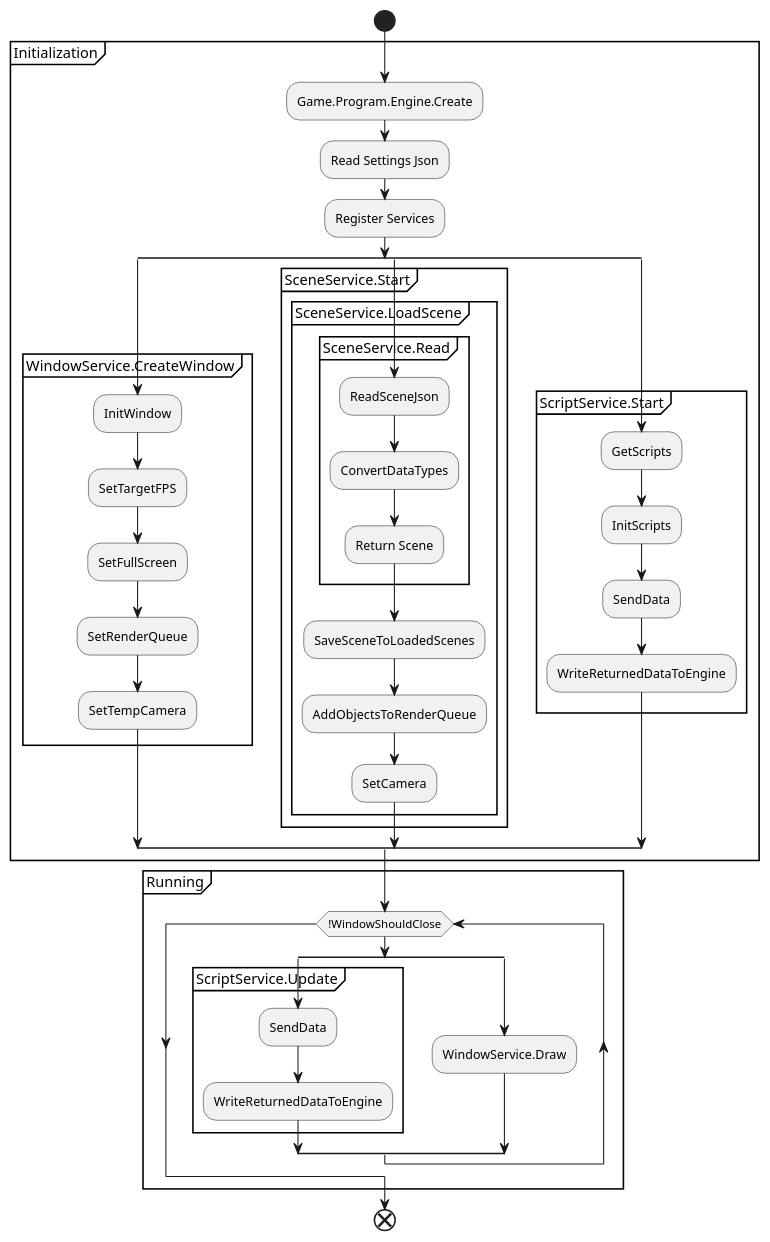
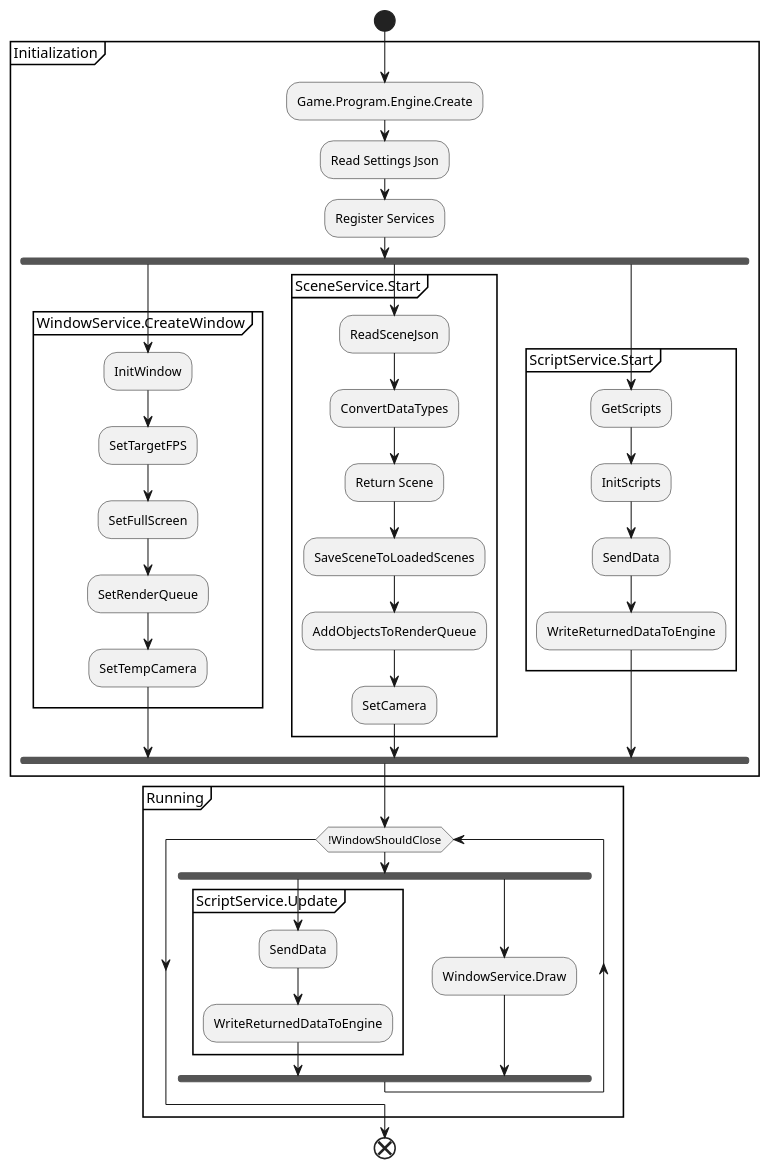
One commit to eliasstepanik/Engine3D changed the diagram in Engine3D/Diagrams/Activity.puml. Above: the diagram before and after it, drawn with PlantUML. The commit also changed 16 other files, not shown here.

```diff
--- a/Engine3D/Diagrams/Activity.puml
+++ b/Engine3D/Diagrams/Activity.puml
@@ -1,58 +1,54 @@
 @startuml
 'https://plantuml.com/activity-diagram-beta
 
 start
 partition Initialization {
 
 :Game.Program.Engine.Create;
 :Read Settings Json;
 :Register Services;
-split
+fork
     partition WindowService.CreateWindow{
         :InitWindow;
         :SetTargetFPS;
         :SetFullScreen;
         :SetRenderQueue;
         :SetTempCamera;
     }
     
-split again
+fork again
     partition SceneService.Start{
-        partition SceneService.LoadScene{
-            partition SceneService.Read{
-                :ReadSceneJson;
-                :ConvertDataTypes;
-                :Return Scene;
-            }
-            :SaveSceneToLoadedScenes;
-            :AddObjectsToRenderQueue;
-            :SetCamera;
-        }
+        :ReadSceneJson;
+        :ConvertDataTypes;
+        :Return Scene;
+        :SaveSceneToLoadedScenes;
+        :AddObjectsToRenderQueue;
+        :SetCamera;
     }
     
-split again
+fork again
     partition ScriptService.Start{
         :GetScripts;
         :InitScripts;
         :SendData;
         :WriteReturnedDataToEngine;
     }
-end split   
+end fork   
 }
 partition Running{
     while (!WindowShouldClose)
-        split
+        fork
             partition ScriptService.Update{
                 :SendData;
                 :WriteReturnedDataToEngine;
             }
-        split again
+        fork again
             :WindowService.Draw;
-        end split   
+        end fork   
     endwhile
 }  
     
     
 end
 
 @enduml
```
